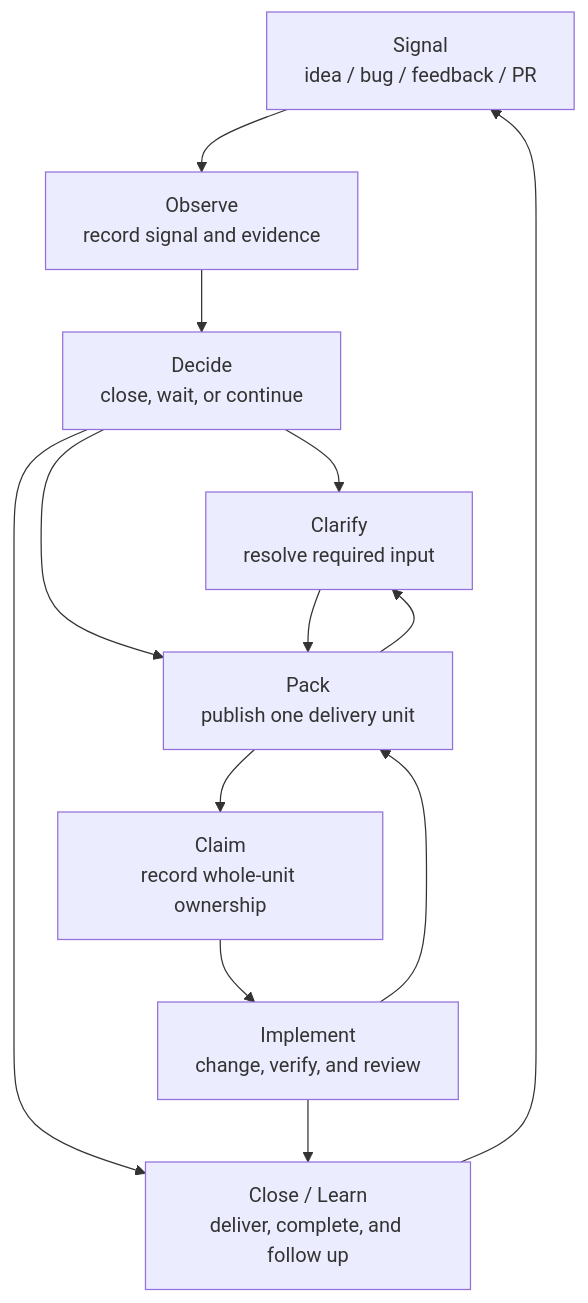
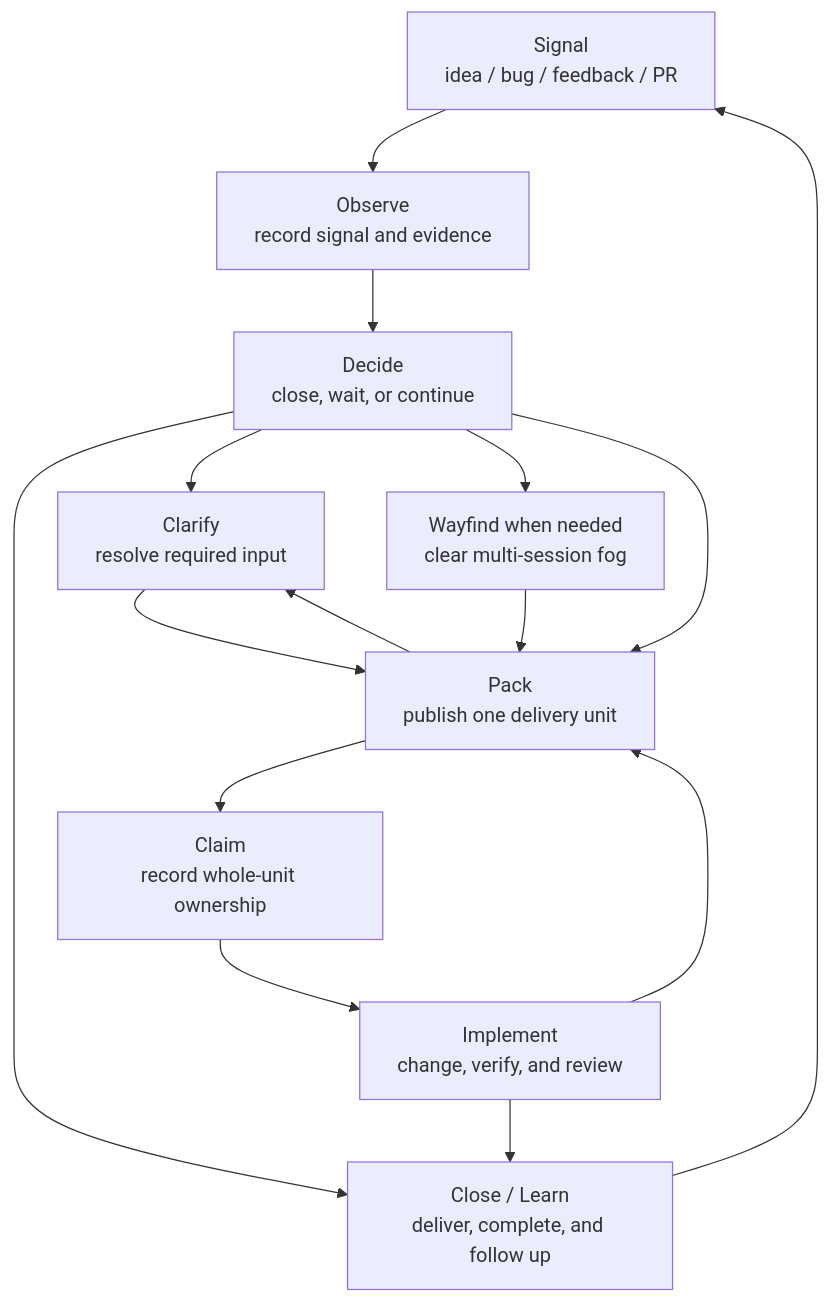
The diagram in skills/ai-native-development/docs/delivery-loop.md (Andiedie/skills), drawn with Mermaid before and after one commit. The commit also changed other lines of this file and 18 other files, not shown here.

````diff
--- a/skills/ai-native-development/docs/delivery-loop.md
+++ b/skills/ai-native-development/docs/delivery-loop.md
@@ -66,24 +68,27 @@
 ```mermaid
 flowchart TD
   Signal["Signal<br/>idea / bug / feedback / PR"]
   Observe["Observe<br/>record signal and evidence"]
   Decide["Decide<br/>close, wait, or continue"]
   Clarify["Clarify<br/>resolve required input"]
+  Wayfind["Wayfind when needed<br/>clear multi-session fog"]
   Pack["Pack<br/>publish one delivery unit"]
   Claim["Claim<br/>record whole-unit ownership"]
   Implement["Implement<br/>change, verify, and review"]
   Close["Close / Learn<br/>deliver, complete, and follow up"]
 
   Signal --> Observe
   Observe --> Decide
   Decide --> Close
   Decide --> Clarify
+  Decide --> Wayfind
   Decide --> Pack
   Clarify --> Pack
+  Wayfind --> Pack
   Pack --> Clarify
   Pack --> Claim
   Claim --> Implement
   Implement --> Pack
   Implement --> Close
   Close --> Signal
 ```
````
